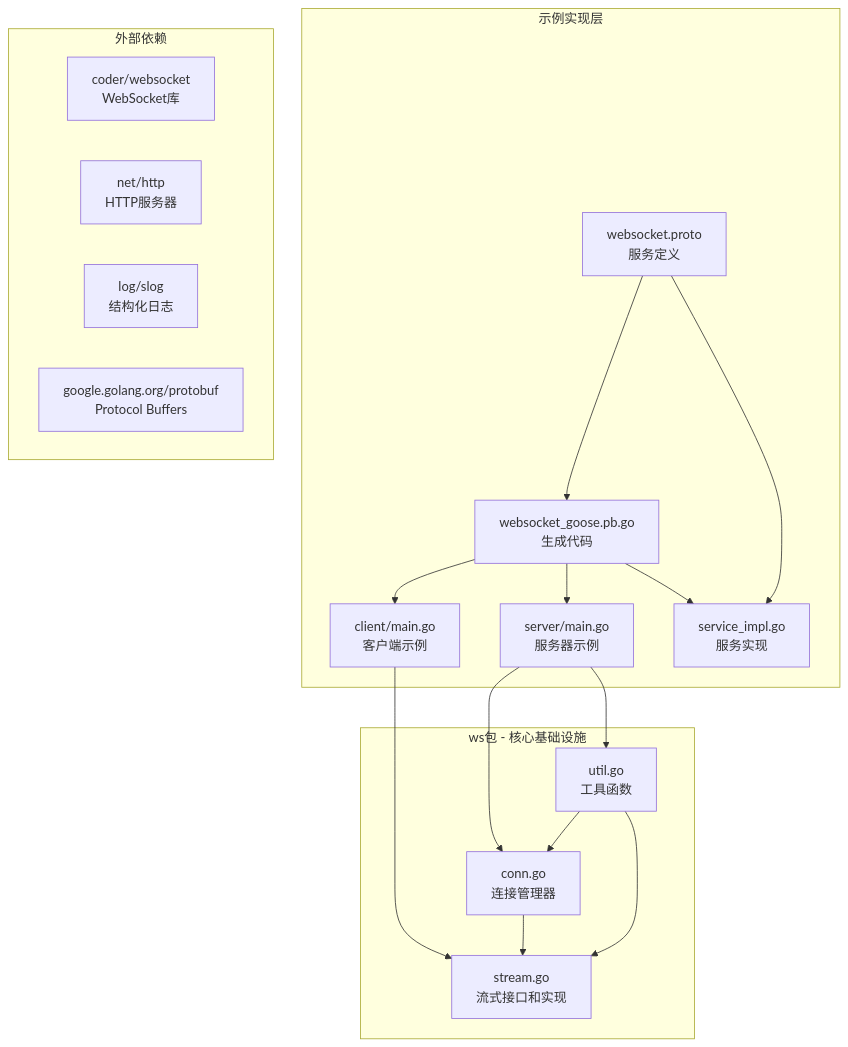
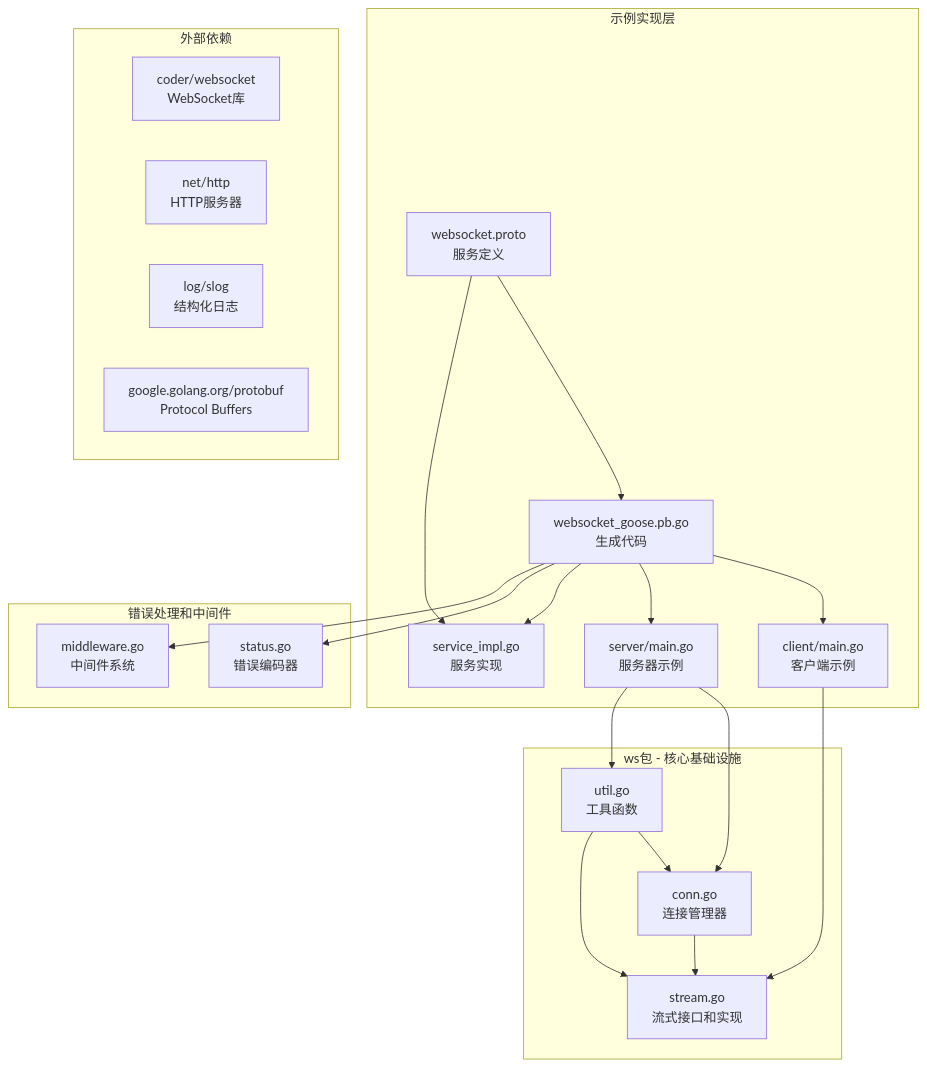
One commit to soyacen/goose changed the first of 19 diagrams in .agents/repowiki/zh/content/示例和最佳实践/WebSocket流式系统.md. Above: the diagram before and after it, drawn with Mermaid. The commit also changed other lines of this file and 6 other files, not shown here.

````diff
--- a/.agents/repowiki/zh/content/示例和最佳实践/WebSocket流式系统.md
+++ b/.agents/repowiki/zh/content/示例和最佳实践/WebSocket流式系统.md
@@ -46,32 +49,38 @@
 ```mermaid
 graph TB
 subgraph "ws包 - 核心基础设施"
 Conn[conn.go<br/>连接管理器]
 Stream[stream.go<br/>流式接口和实现]
 Util[util.go<br/>工具函数]
 end
 subgraph "示例实现层"
 Proto[websocket.proto<br/>服务定义]
 ServiceImpl[service_impl.go<br/>服务实现]
 ClientMain[client/main.go<br/>客户端示例]
 ServerMain[server/main.go<br/>服务器示例]
 Generated[websocket_goose.pb.go<br/>生成代码]
+end
+subgraph "错误处理和中间件"
+ErrorStatus[status.go<br/>错误编码器]
+ServerMW[middleware.go<br/>中间件系统]
 end
 subgraph "外部依赖"
 WS[coder/websocket<br/>WebSocket库]
 HTTP[net/http<br/>HTTP服务器]
 SLog[log/slog<br/>结构化日志]
 Protobuf[google.golang.org/protobuf<br/>Protocol Buffers]
 end
 Conn --> Stream
 Util --> Conn
 Util --> Stream
 Proto --> Generated
 Proto --> ServiceImpl
 Generated --> ClientMain
 Generated --> ServerMain
 Generated --> ServiceImpl
 ClientMain --> Stream
 ServerMain --> Conn
 ServerMain --> Util
+Generated --> ErrorStatus
+Generated --> ServerMW
 ```
````
